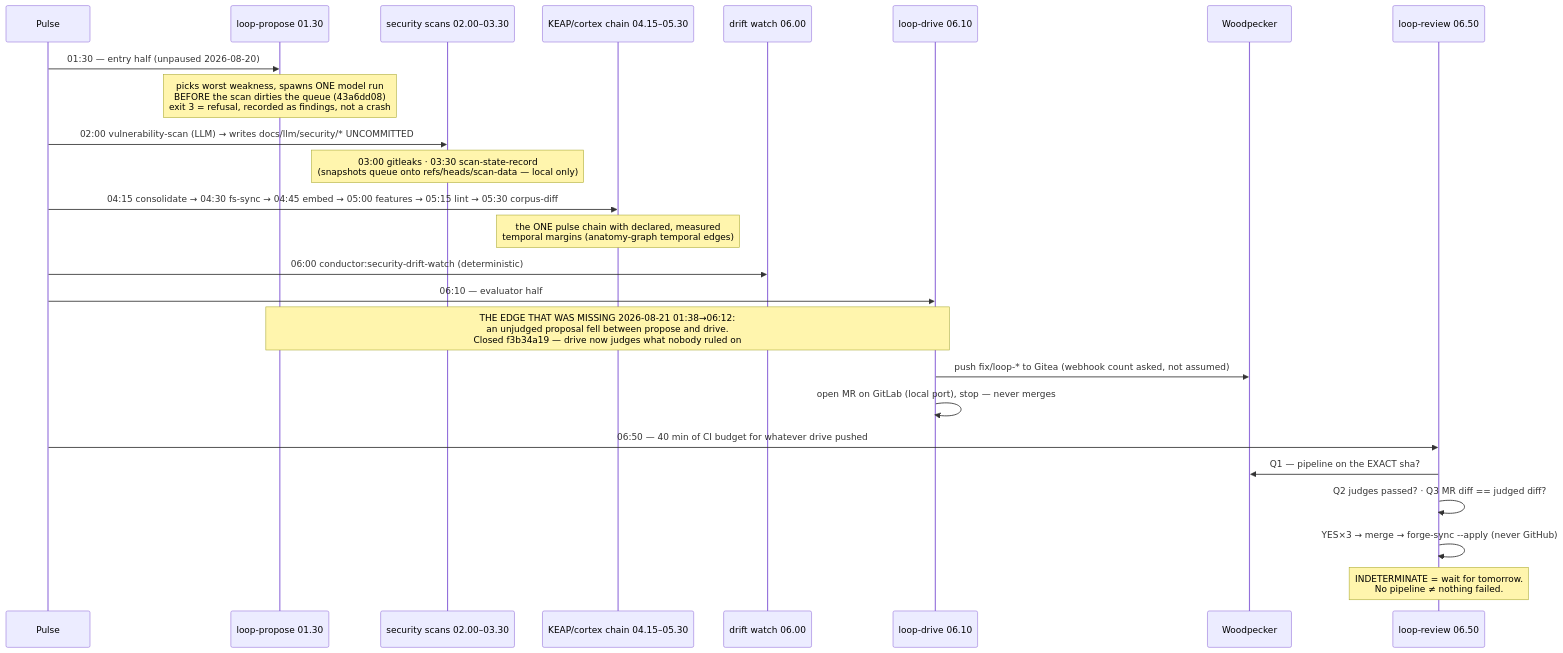
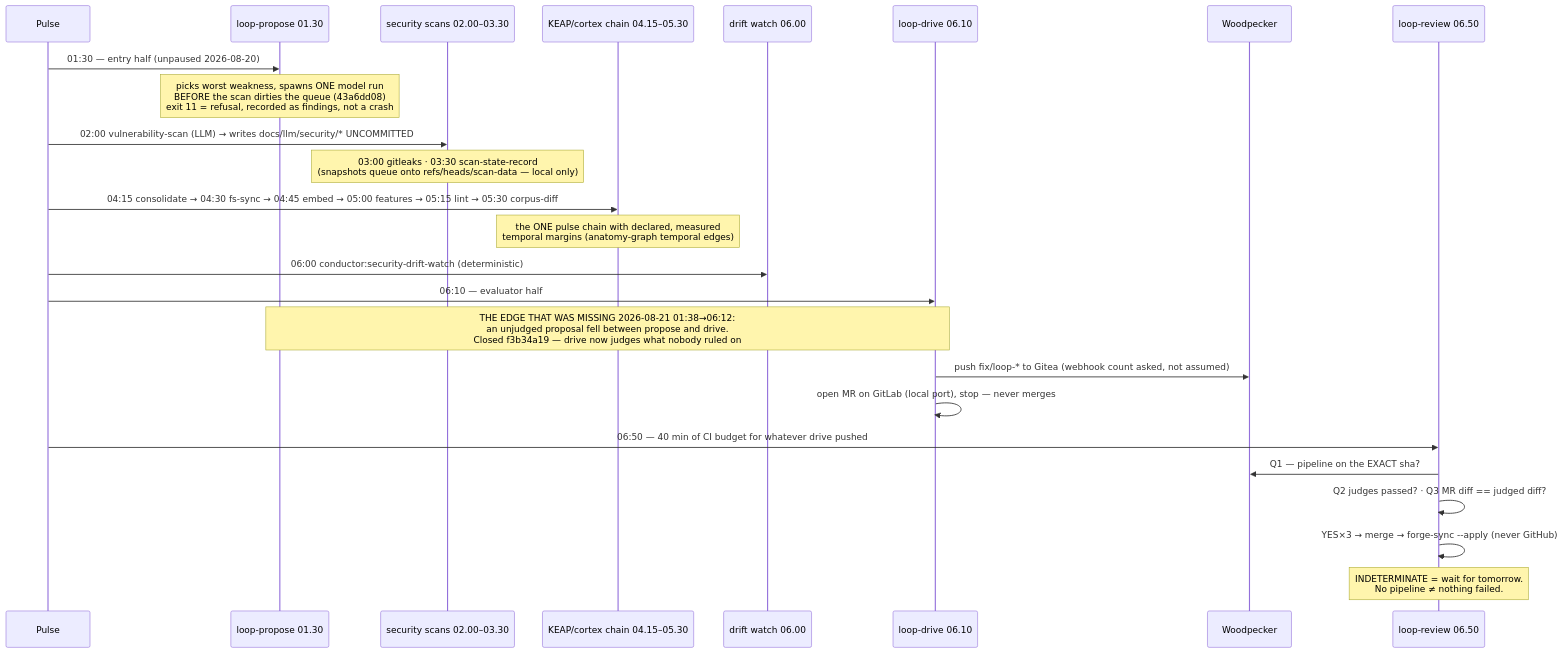
One commit to thisisait/nOS changed the third of 6 diagrams in docs/loops-companion.md. Above: the diagram before and after it, drawn with Mermaid. The commit also changed other lines of this file and 26 other files, not shown here.

First line of the commit message:
fix(pulse): findings exit 10, not a crash's 1

````diff
--- a/docs/loops-companion.md
+++ b/docs/loops-companion.md
@@ -107,28 +107,28 @@
 ```mermaid
 sequenceDiagram
   participant PU as Pulse
   participant PR as loop‑propose 01.30
   participant SC as security scans 02.00–03.30
   participant KC as KEAP/cortex chain 04.15–05.30
   participant DW as drift watch 06.00
   participant DR as loop‑drive 06.10
   participant CI as Woodpecker
   participant RV as loop‑review 06.50
 
   PU->>PR: 01:30 — entry half (unpaused 2026-08-20)
-  Note over PR: picks worst weakness, spawns ONE model run<br/>BEFORE the scan dirties the queue (43a6dd08)<br/>exit 3 = refusal, recorded as findings, not a crash
+  Note over PR: picks worst weakness, spawns ONE model run<br/>BEFORE the scan dirties the queue (43a6dd08)<br/>exit 11 = refusal, recorded as findings, not a crash
   PU->>SC: 02:00 vulnerability-scan (LLM) → writes docs/llm/security/* UNCOMMITTED
   Note over SC: 03:00 gitleaks · 03:30 scan-state-record<br/>(snapshots queue onto refs/heads/scan-data — local only)
   PU->>KC: 04:15 consolidate → 04:30 fs-sync → 04:45 embed → 05:00 features → 05:15 lint → 05:30 corpus-diff
   Note over KC: the ONE pulse chain with declared, measured<br/>temporal margins (anatomy-graph temporal edges)
   PU->>DW: 06:00 conductor:security-drift-watch (deterministic)
   PU->>DR: 06:10 — evaluator half
   Note over PR,DR: THE EDGE THAT WAS MISSING 2026-08-21 01:38→06:12:<br/>an unjudged proposal fell between propose and drive.<br/>Closed f3b34a19 — drive now judges what nobody ruled on
   DR->>CI: push fix/loop-* to Gitea (webhook count asked, not assumed)
   DR->>DR: open MR on GitLab (local port), stop — never merges
   PU->>RV: 06:50 — 40 min of CI budget for whatever drive pushed
   RV->>CI: Q1 — pipeline on the EXACT sha?
   RV->>RV: Q2 judges passed? · Q3 MR diff == judged diff?
   RV->>RV: YES×3 → merge → forge-sync --apply (never GitHub)
   Note over RV: INDETERMINATE = wait for tomorrow.<br/>No pipeline ≠ nothing failed.
 ```
````
